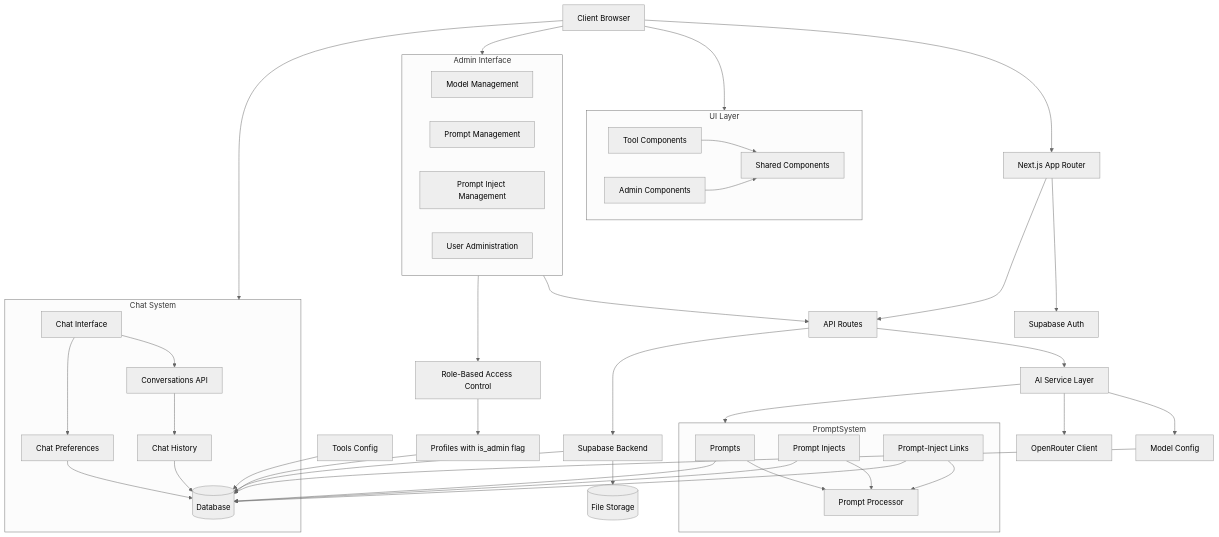
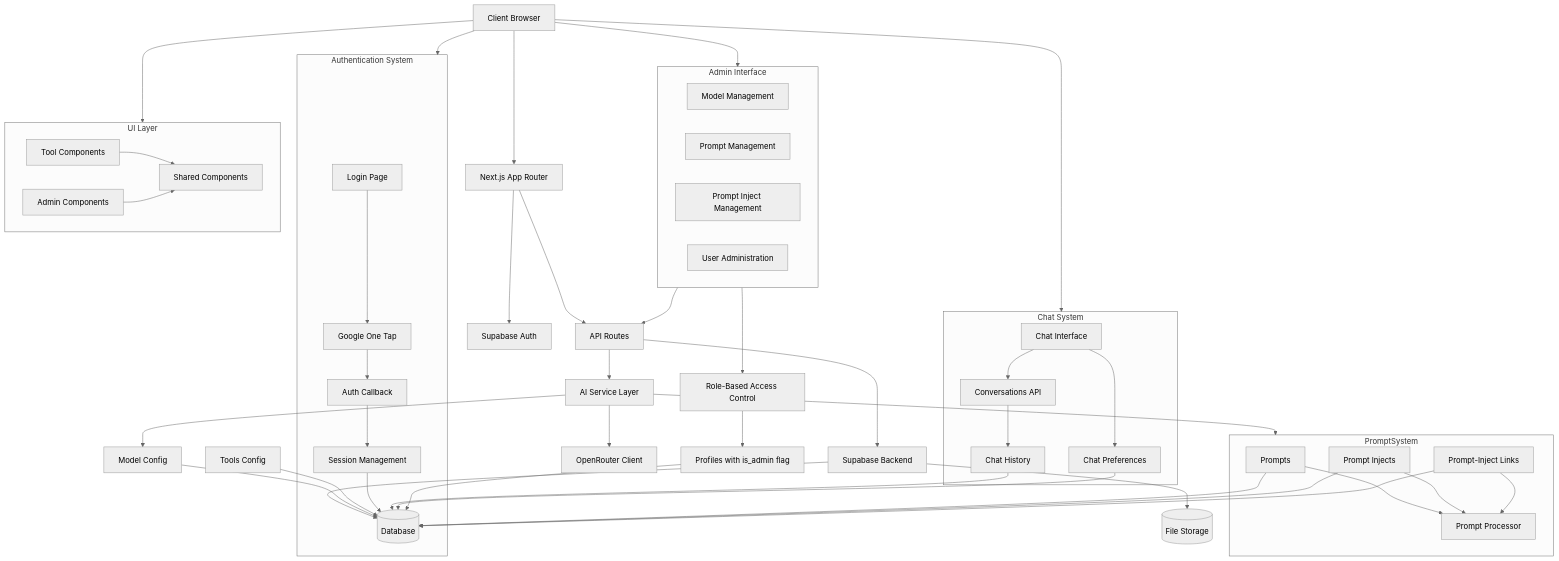
The first of 2 diagrams in cline_docs/systemPatterns.md (troyharris/snowsparrow), drawn with Mermaid (neutral theme) before and after one commit. The commit also changed other lines of this file and 9 other files, not shown here.

````diff
--- a/cline_docs/systemPatterns.md
+++ b/cline_docs/systemPatterns.md
@@ -5,67 +5,80 @@
 ```mermaid
 flowchart TD
     Client[Client Browser] --> Next[Next.js App Router]
     Next --> Auth[Supabase Auth]
     Next --> API[API Routes]
     API --> AIService[AI Service Layer]
     AIService --> Models[Model Config]
     AIService --> PromptSystem[Prompt System]
     AIService --> OpenRouter[OpenRouter Client]
     API --> Supabase[Supabase Backend]
     Supabase --> DB[(Database)]
     Supabase --> Storage[(File Storage)]
     Models --> DB
     Tools[Tools Config] --> DB
+    
+    subgraph AuthSystem[Authentication System]
+        LoginPage[Login Page]
+        GoogleOneTap[Google One Tap]
+        AuthCallback[Auth Callback]
+        Session[Session Management]
+        
+        LoginPage --> GoogleOneTap
+        GoogleOneTap --> AuthCallback
+        AuthCallback --> Session
+        Session --> DB
+    end
     
     subgraph ChatSystem[Chat System]
         ChatInterface[Chat Interface]
         ConversationsAPI[Conversations API]
         ChatHistory[Chat History]
         ChatPreferences[Chat Preferences]
         
         ChatInterface --> ConversationsAPI
         ConversationsAPI --> ChatHistory
         ChatInterface --> ChatPreferences
         ChatHistory --> DB
         ChatPreferences --> DB
     end
     
     subgraph PromptSystem
         Prompts[Prompts]
         PromptInjects[Prompt Injects]
         PromptLinks[Prompt-Inject Links]
         PromptProcessor[Prompt Processor]
         
         Prompts --> PromptProcessor
         PromptInjects --> PromptProcessor
         PromptLinks --> PromptProcessor
     end
     
     Prompts --> DB
     PromptInjects --> DB
     PromptLinks --> DB
 
     subgraph Admin[Admin Interface]
         ModelAdmin[Model Management]
         PromptAdmin[Prompt Management]
         InjectAdmin[Prompt Inject Management]
         UserAdmin[User Administration]
     end
 
     Admin --> API
     Admin --> RBAC[Role-Based Access Control]
     RBAC --> Profiles[Profiles with is_admin flag]
     Profiles --> DB
 
     subgraph UI[UI Layer]
         SharedComponents[Shared Components]
         ToolComponents[Tool Components]
         AdminComponents[Admin Components]
         ToolComponents --> SharedComponents
         AdminComponents --> SharedComponents
     end
 
     Client --> UI
     Client --> Admin
     Client --> ChatSystem
+    Client --> AuthSystem
 ```
````
